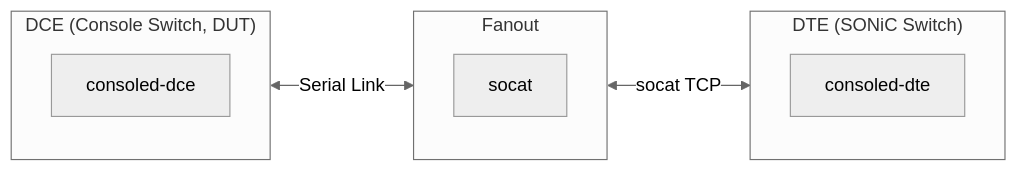
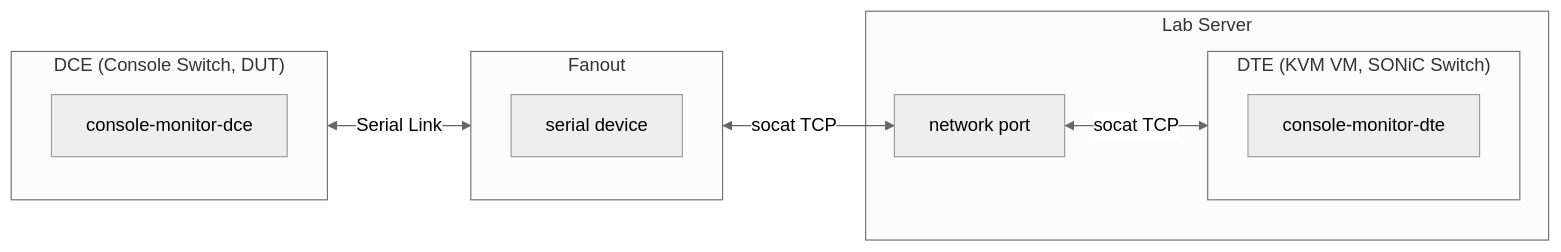
The diagram in docs/testplan/console/Console-Monitor-Test-Plan.md (sonic-net/sonic-mgmt), drawn with Mermaid (neutral theme) before and after one commit. The commit also changed other lines of this file, not shown here.

Commit message:
Refactor Console Monitor Test Plan: Update test case structure and improve clarity

````diff
--- a/docs/testplan/console/Console-Monitor-Test-Plan.md
+++ b/docs/testplan/console/Console-Monitor-Test-Plan.md
@@ -39,17 +39,21 @@
 ```mermaid
 flowchart LR
     subgraph DCE["DCE (Console Switch, DUT)"]
-        dce_service["consoled-dce"]
+        dce_service["console-monitor-dce"]
     end
 
     subgraph Fanout["Fanout"]
-        socat["socat"]
+        fanout_serial["serial device"]
     end
 
-    subgraph DTE["DTE (SONiC Switch)"]
-        dte_service["consoled-dte"]
+    subgraph LabServer["Lab Server"]
+        lab_eth["network port"]
+        subgraph DTE["DTE (KVM VM, SONiC Switch)"]
+            dte_service["console-monitor-dte"]
+        end
     end
 
     DCE <-->|"Serial Link"| Fanout
-    Fanout <-->|"socat TCP"| DTE
+    Fanout <-->|"socat TCP"| lab_eth
+    lab_eth <-->|"socat TCP"| DTE
 ```
````
